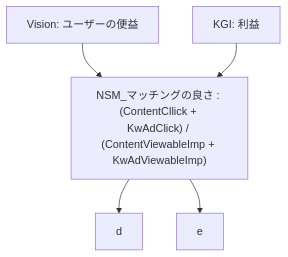
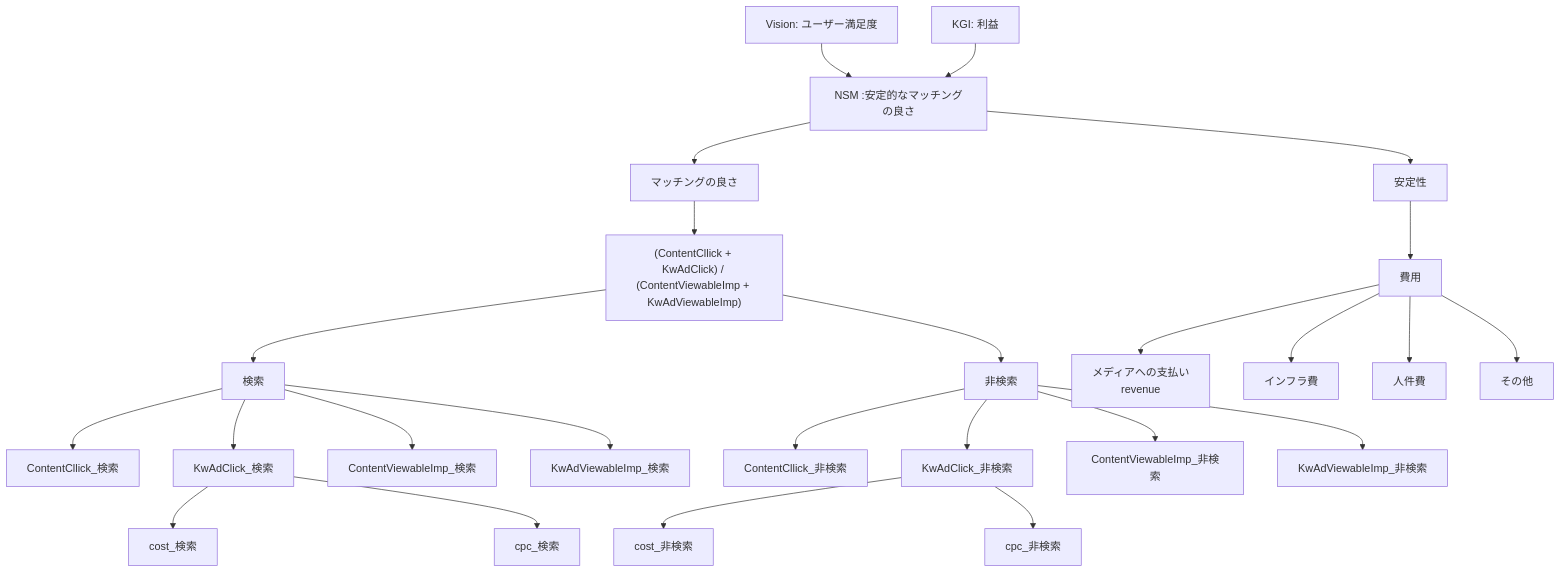
Before and after one commit to gotzy/tmp: the diagram in kpi_nsm_tree.md, drawn with Mermaid. The commit also changed other lines of this file, not shown here.

````diff
--- a/kpi_nsm_tree.md
+++ b/kpi_nsm_tree.md
@@ -1,9 +10,41 @@
 ```mermaid
 flowchart TB
     
-    a["Vision: ユーザーの便益"] --> c["NSM_マッチングの良さ : (ContentCllick + KwAdClick) / (ContentViewableImp + KwAdViewableImp)  "]
+    a["Vision: ユーザー満足度"] --> c["NSM :安定的なマッチングの良さ"]
     b["KGI: 利益"]--> c
-    c --> d
-    c --> e
+    c --> d["マッチングの良さ"]
+    c --> e["安定性"]
+    
+    
+    
+    d --> f[" (ContentCllick + KwAdClick) / (ContentViewableImp + KwAdViewableImp)  "]
+    f --> f1["検索"]
+    f --> f2["非検索"]
+    
+    f1 --> g1[" ContentCllick_検索 "]
+    f1 --> h1[" KwAdClick_検索 "]
+    f1 --> i1[" ContentViewableImp_検索 "]
+    f1 --> j1[" KwAdViewableImp_検索 "]
+    
+    f2 --> g2[" ContentCllick_非検索 "]
+    f2 --> h2[" KwAdClick_非検索 "]
+    f2 --> i2[" ContentViewableImp_非検索 "]
+    f2 --> j2[" KwAdViewableImp_非検索 "]
+    
+    h1 --> k1[" cost_検索 "]
+    h1 --> l1[" cpc_検索 "]
+    
+    h2 --> k2[" cost_非検索 "]
+    h2 --> l2[" cpc_非検索 "]
+    
+    
+    
+    
+    
+    e --> y["費用"]
+    y --> z1["メディアへの支払い</br>revenue"]
+    y --> z2["インフラ費"]
+    y --> z3["人件費"]
+    y --> z4["その他"]
     
 ```
````
